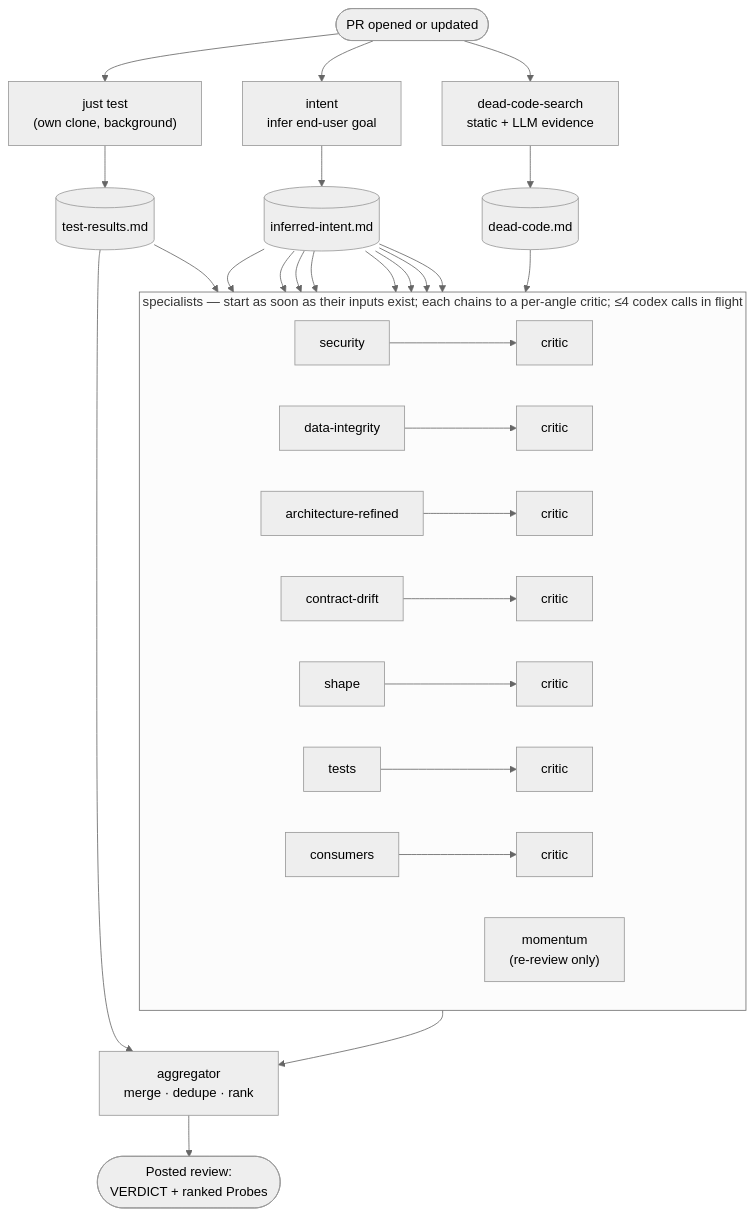
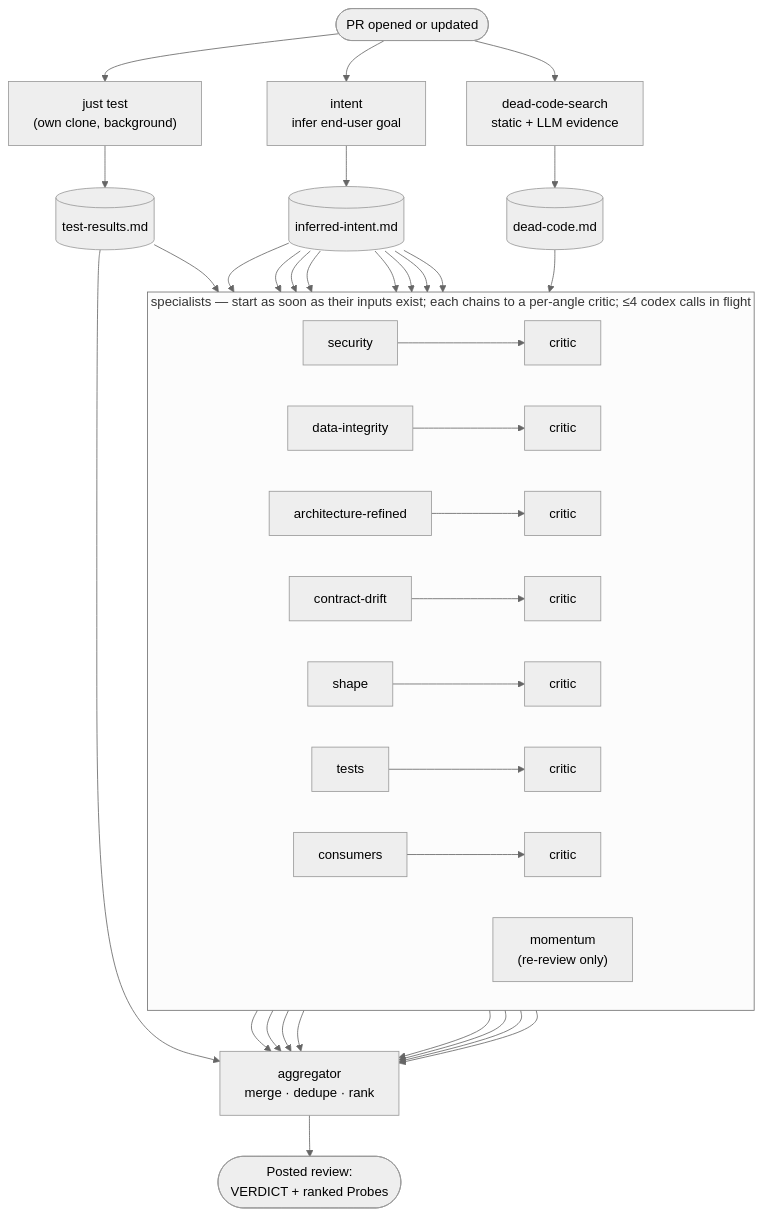
One commit to plow-pbc/knightwatch-reviewer changed the diagram in README.md. Above: the diagram before and after it, drawn with Mermaid (neutral theme).

Commit message:
README: link critics to the aggregator, not the specialists subgraph
Mermaid oversizes a subgraph used as an edge endpoint (S --> agg), leaving a
tall empty box below the critics. Linking each critic (and momentum) instead
sizes the box to its contents.

````diff
--- a/README.md
+++ b/README.md
@@ -37,28 +37,28 @@
 ```mermaid
 flowchart TB
     PR([PR opened or updated]) --> jt & intent & dcs
 
     jt["just test<br/>(own clone, background)"] --> tg[(test-results.md)]
     intent[intent<br/>infer end-user goal] --> ii[(inferred-intent.md)]
     dcs[dead-code-search<br/>static + LLM evidence] --> dc[(dead-code.md)]
 
     ii --> sec & di & archref & cd & shp & tst & cons & mom
     dc --> cons
     tg --> tst
 
     subgraph S[specialists — start as soon as their inputs exist; each chains to a per-angle critic; ≤4 codex calls in flight]
         direction LR
         sec[security] --> ksec[critic]
         di[data-integrity] --> kdi[critic]
         archref["architecture-refined"] --> karchref[critic]
         cd["contract-drift"] --> kcd[critic]
         shp[shape] --> kshp[critic]
         tst[tests] --> ktst[critic]
         cons[consumers] --> kcons[critic]
         mom["momentum<br/>(re-review only)"]
     end
 
-    S --> agg["aggregator<br/>merge · dedupe · rank"]
+    ksec & kdi & karchref & kcd & kshp & ktst & kcons & mom --> agg["aggregator<br/>merge · dedupe · rank"]
     tg --> agg
     agg --> out([Posted review:<br/>VERDICT + ranked Probes])
 ```
````
